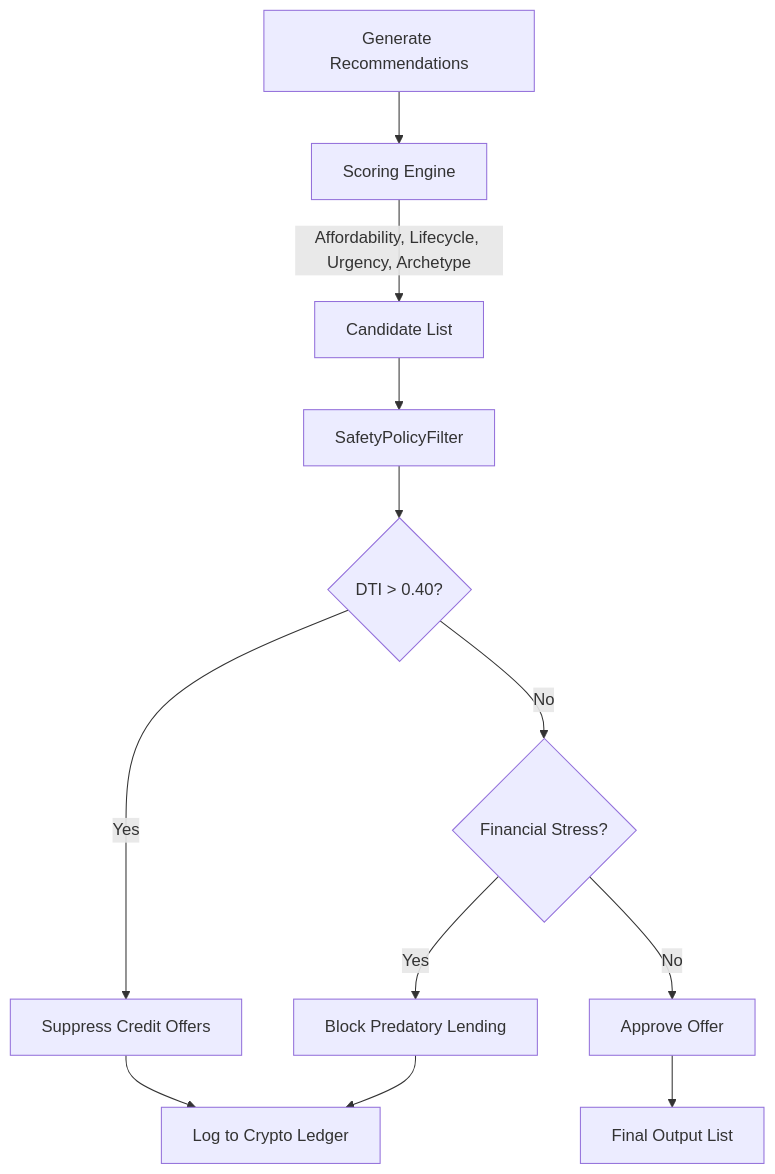
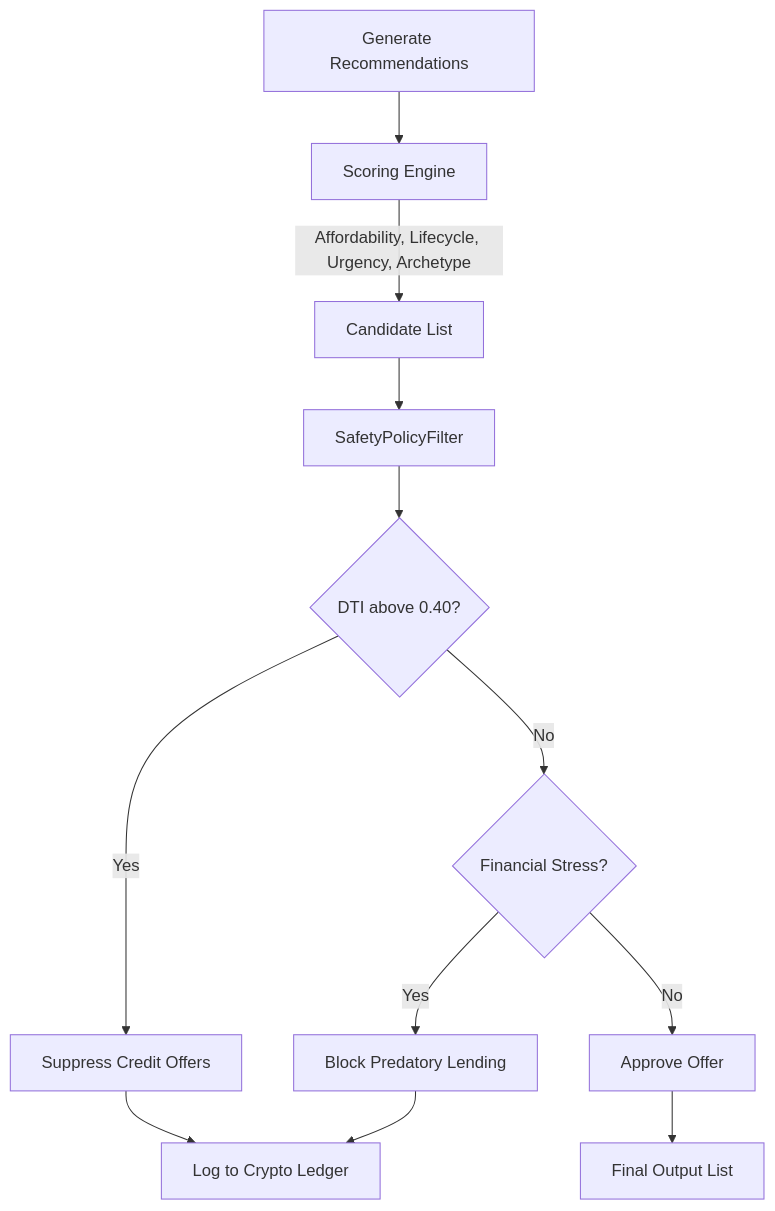
Before and after one commit to Neutron-0/ABC-Bank: the fourth of 6 diagrams in docs/features/overview.md, drawn with Mermaid. The commit also changed other lines of this file and 33 other files, not shown here.

````diff
--- a/docs/features/overview.md
+++ b/docs/features/overview.md
@@ -92,17 +92,17 @@
 ```mermaid
 flowchart TD
     Req["Generate Recommendations"] --> Score["Scoring Engine"]
     Score --> |Affordability, Lifecycle, Urgency, Archetype| Prelist["Candidate List"]
     Prelist --> Guard["SafetyPolicyFilter"]
     
-    Guard --> C1{"DTI > 0.40?"}
+    Guard --> C1{"DTI above 0.40?"}
     C1 --> |Yes| Sup1["Suppress Credit Offers"]
     C1 --> |No| C2{"Financial Stress?"}
     
     C2 --> |Yes| Sup2["Block Predatory Lending"]
     C2 --> |No| App["Approve Offer"]
     
     Sup1 --> Audit["Log to Crypto Ledger"]
     Sup2 --> Audit
     App --> Final["Final Output List"]
 ```
````
